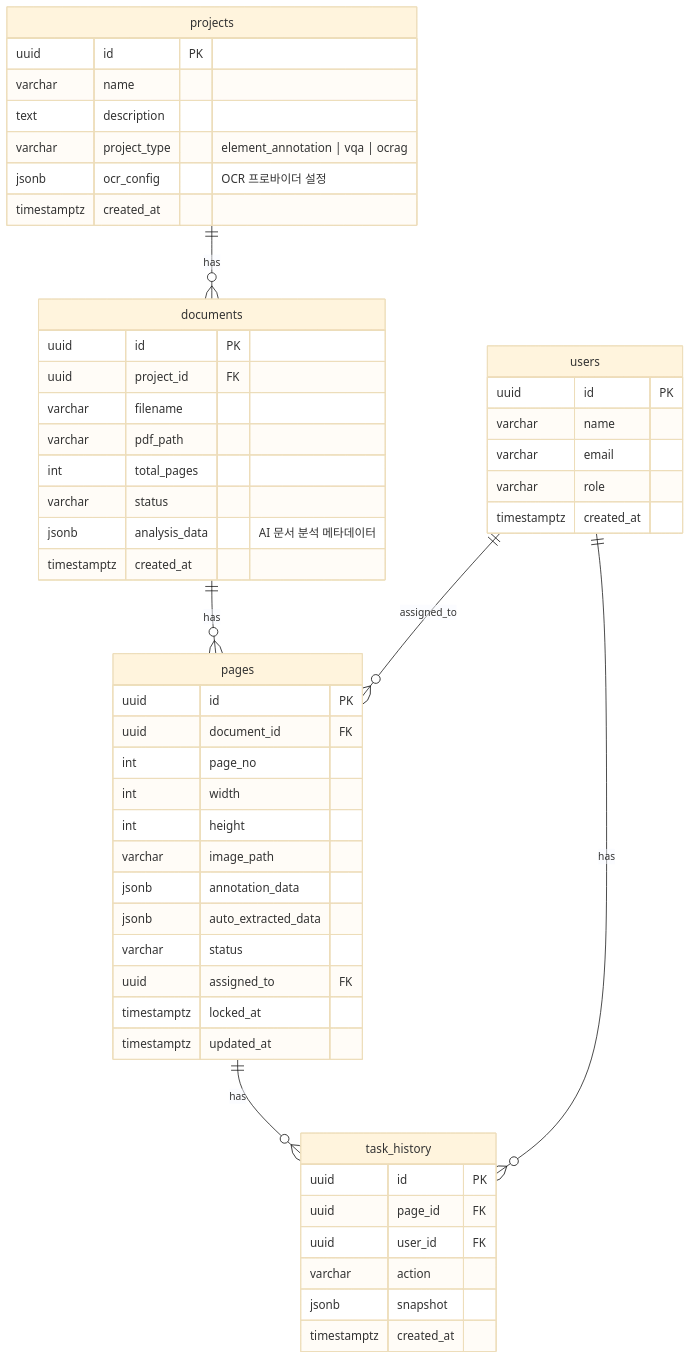
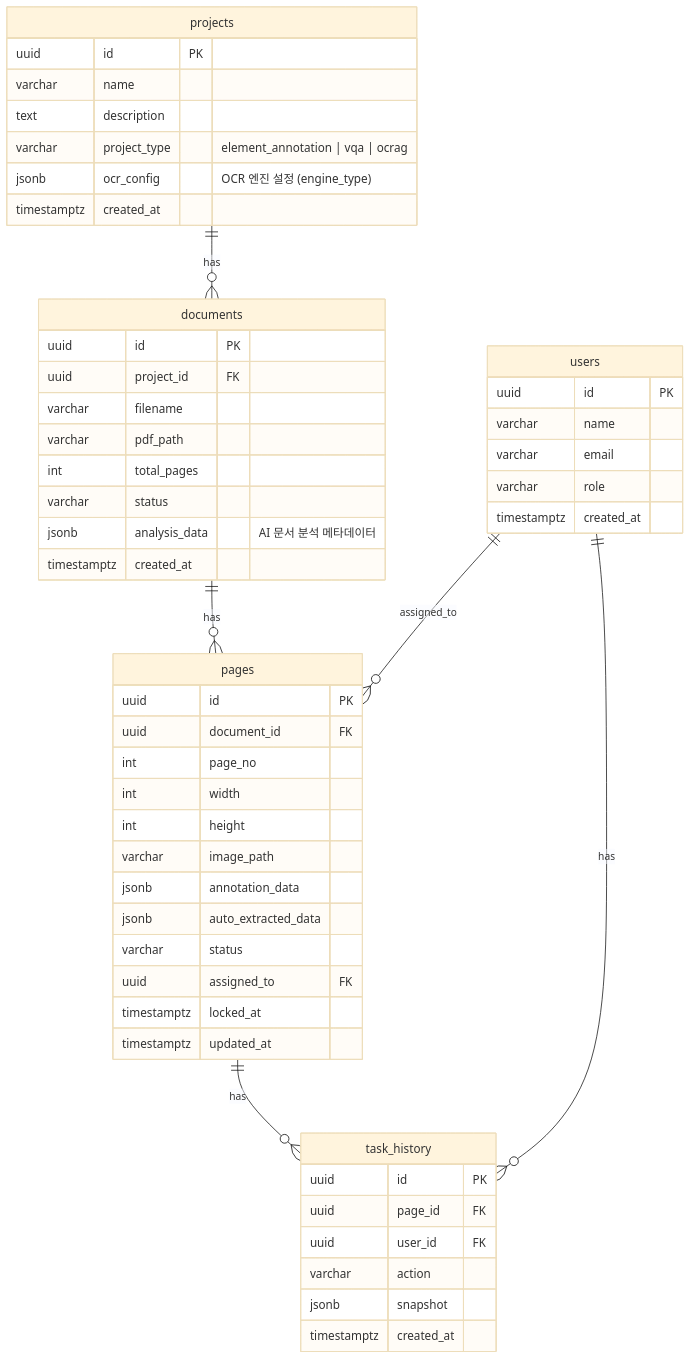
Before and after one commit to appleparan/saegim: the diagram in docs/backend/design/database.md, drawn with Mermaid (base theme). The commit also changed other lines of this file and 9 other files, not shown here.

First line of the commit message:
docs: update documentation for engine_type OCR architecture

````diff
--- a/docs/backend/design/database.md
+++ b/docs/backend/design/database.md
@@ -10,60 +10,60 @@
 ```mermaid
 erDiagram
     projects ||--o{ documents : has
     documents ||--o{ pages : has
     users ||--o{ pages : "assigned_to"
     pages ||--o{ task_history : has
     users ||--o{ task_history : has
 
     projects {
         uuid id PK
         varchar name
         text description
         varchar project_type "element_annotation | vqa | ocrag"
-        jsonb ocr_config "OCR 프로바이더 설정"
+        jsonb ocr_config "OCR 엔진 설정 (engine_type)"
         timestamptz created_at
     }
 
     documents {
         uuid id PK
         uuid project_id FK
         varchar filename
         varchar pdf_path
         int total_pages
         varchar status
         jsonb analysis_data "AI 문서 분석 메타데이터"
         timestamptz created_at
     }
 
     pages {
         uuid id PK
         uuid document_id FK
         int page_no
         int width
         int height
         varchar image_path
         jsonb annotation_data
         jsonb auto_extracted_data
         varchar status
         uuid assigned_to FK
         timestamptz locked_at
         timestamptz updated_at
     }
 
     users {
         uuid id PK
         varchar name
         varchar email
         varchar role
         timestamptz created_at
     }
 
     task_history {
         uuid id PK
         uuid page_id FK
         uuid user_id FK
         varchar action
         jsonb snapshot
         timestamptz created_at
     }
 ```
````
